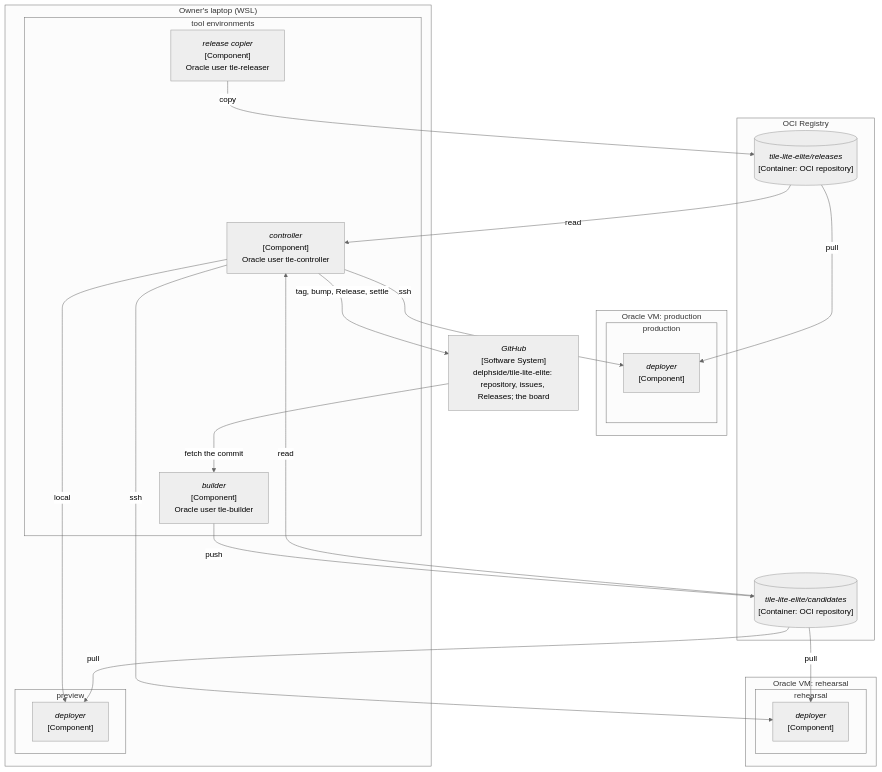
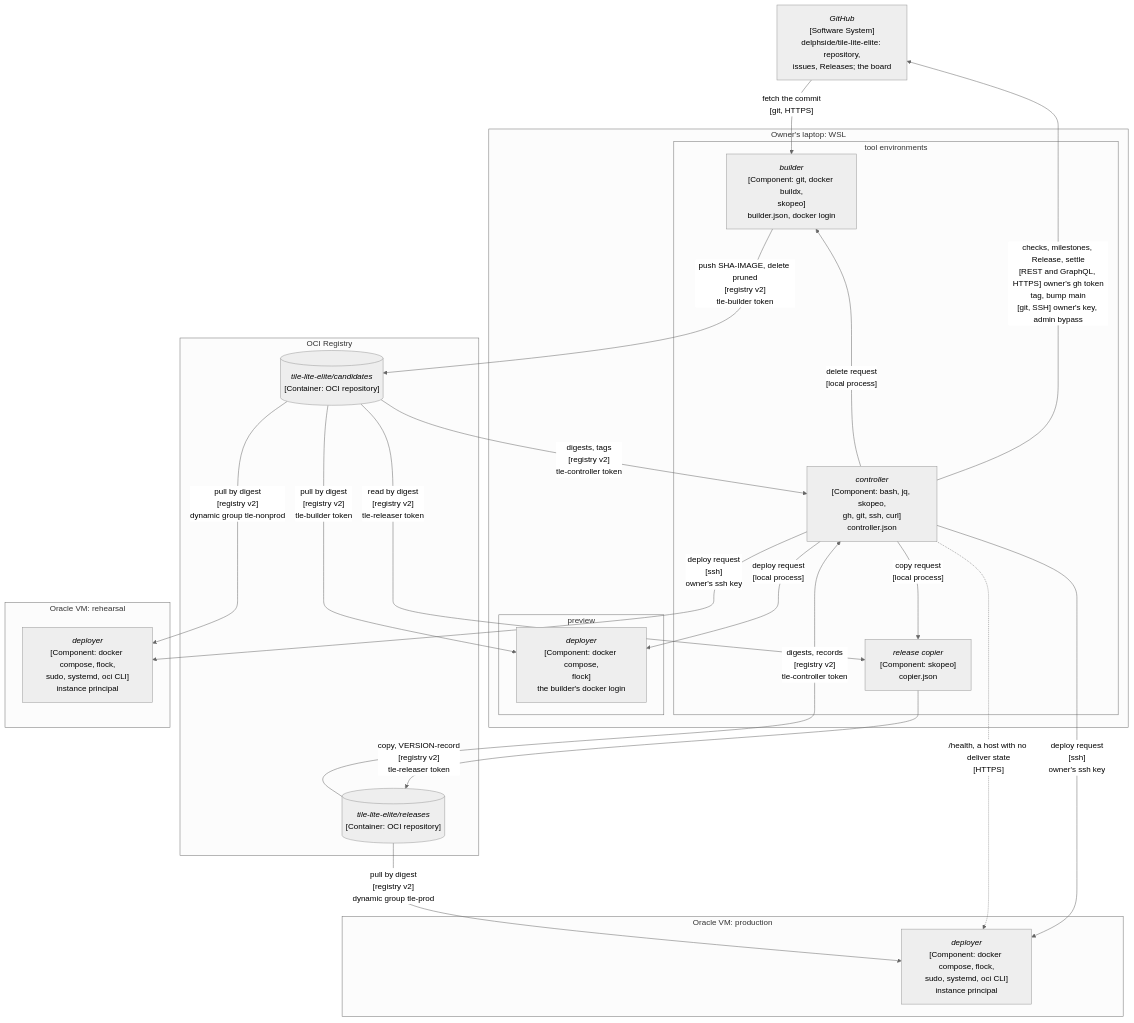
One commit to delphside/programme changed the third of 5 diagrams in records/2.5-changes/programme-tooling/117-generic-deliver-tool/design.md. Above: the diagram before and after it, drawn with Mermaid (neutral theme). The commit also changed other lines of this file, not shown here.

````diff
--- a/records/2.5-changes/programme-tooling/117-generic-deliver-tool/design.md
+++ b/records/2.5-changes/programme-tooling/117-generic-deliver-tool/design.md
@@ -171,40 +178,40 @@
 ```mermaid
 flowchart TB
-  subgraph LAPTOP["Owner's laptop (WSL)"]
+  GH["<i>GitHub</i><br>[Software System]<br>delphside/tile-lite-elite: repository,<br>issues, Releases; the board"]
+  subgraph LAPTOP["Owner's laptop: WSL"]
     subgraph TOOLS["tool environments"]
-      CTL["<i>controller</i><br>[Component]<br>Oracle user tle-controller"]
-      BLD["<i>builder</i><br>[Component]<br>Oracle user tle-builder"]
-      COPY["<i>release copier</i><br>[Component]<br>Oracle user tle-releaser"]
+      CTL["<i>controller</i><br>[Component: bash, jq, skopeo,<br>gh, git, ssh, curl]<br>controller.json"]
+      BLD["<i>builder</i><br>[Component: git, docker buildx,<br>skopeo]<br>builder.json, docker login"]
+      COPY["<i>release copier</i><br>[Component: skopeo]<br>copier.json"]
     end
     subgraph PREV["preview"]
-      DEPP["<i>deployer</i><br>[Component]"]
-    end
-  end
-  subgraph REHVM["Oracle VM: rehearsal"]
-    subgraph REH["rehearsal"]
-      DEPR["<i>deployer</i><br>[Component]"]
-    end
-  end
-  subgraph PRODVM["Oracle VM: production"]
-    subgraph PROD["production"]
-      DEPX["<i>deployer</i><br>[Component]"]
+      DEPP["<i>deployer</i><br>[Component: docker compose,<br>flock]<br>the builder's docker login"]
     end
   end
   subgraph OCIR["OCI Registry"]
     CAND[("<i>tile-lite-elite/candidates</i><br>[Container: OCI repository]")]
     REL[("<i>tile-lite-elite/releases</i><br>[Container: OCI repository]")]
   end
-  GH["<i>GitHub</i><br>[Software System]<br>delphside/tile-lite-elite: repository, issues, Releases; the board"]
-  GH -->|"fetch the commit"| BLD
-  CTL -->|"tag, bump, Release, settle"| GH
-  BLD -->|push| CAND
-  COPY -->|copy| REL
-  CAND -->|read| CTL
-  REL -->|read| CTL
-  CTL -->|local| DEPP
-  CTL -->|ssh| DEPR
-  CTL -->|ssh| DEPX
-  CAND -->|pull| DEPP
-  CAND -->|pull| DEPR
-  REL -->|pull| DEPX
+  subgraph REHVM["Oracle VM: rehearsal"]
+    DEPR["<i>deployer</i><br>[Component: docker compose, flock,<br>sudo, systemd, oci CLI]<br>instance principal"]
+  end
+  subgraph PRODVM["Oracle VM: production"]
+    DEPX["<i>deployer</i><br>[Component: docker compose, flock,<br>sudo, systemd, oci CLI]<br>instance principal"]
+  end
+  GH -->|"fetch the commit<br>[git, HTTPS]"| BLD
+  CTL -->|"checks, milestones, Release, settle<br>[REST and GraphQL, HTTPS] owner's gh token<br>tag, bump main<br>[git, SSH] owner's key, admin bypass"| GH
+  BLD -->|"push SHA-IMAGE, delete pruned<br>[registry v2]<br>tle-builder token"| CAND
+  CAND -->|"digests, tags<br>[registry v2]<br>tle-controller token"| CTL
+  REL -->|"digests, records<br>[registry v2]<br>tle-controller token"| CTL
+  CTL -->|"delete request<br>[local process]"| BLD
+  CTL -->|"copy request<br>[local process]"| COPY
+  CAND -->|"read by digest<br>[registry v2]<br>tle-releaser token"| COPY
+  COPY -->|"copy, VERSION-record<br>[registry v2]<br>tle-releaser token"| REL
+  CTL -->|"deploy request<br>[local process]"| DEPP
+  CTL -->|"deploy request<br>[ssh]<br>owner's ssh key"| DEPR
+  CTL -->|"deploy request<br>[ssh]<br>owner's ssh key"| DEPX
+  CTL -.->|"/health, a host with no deliver state<br>[HTTPS]"| DEPX
+  CAND -->|"pull by digest<br>[registry v2]<br>tle-builder token"| DEPP
+  CAND -->|"pull by digest<br>[registry v2]<br>dynamic group tle-nonprod"| DEPR
+  REL -->|"pull by digest<br>[registry v2]<br>dynamic group tle-prod"| DEPX
 ```
````
